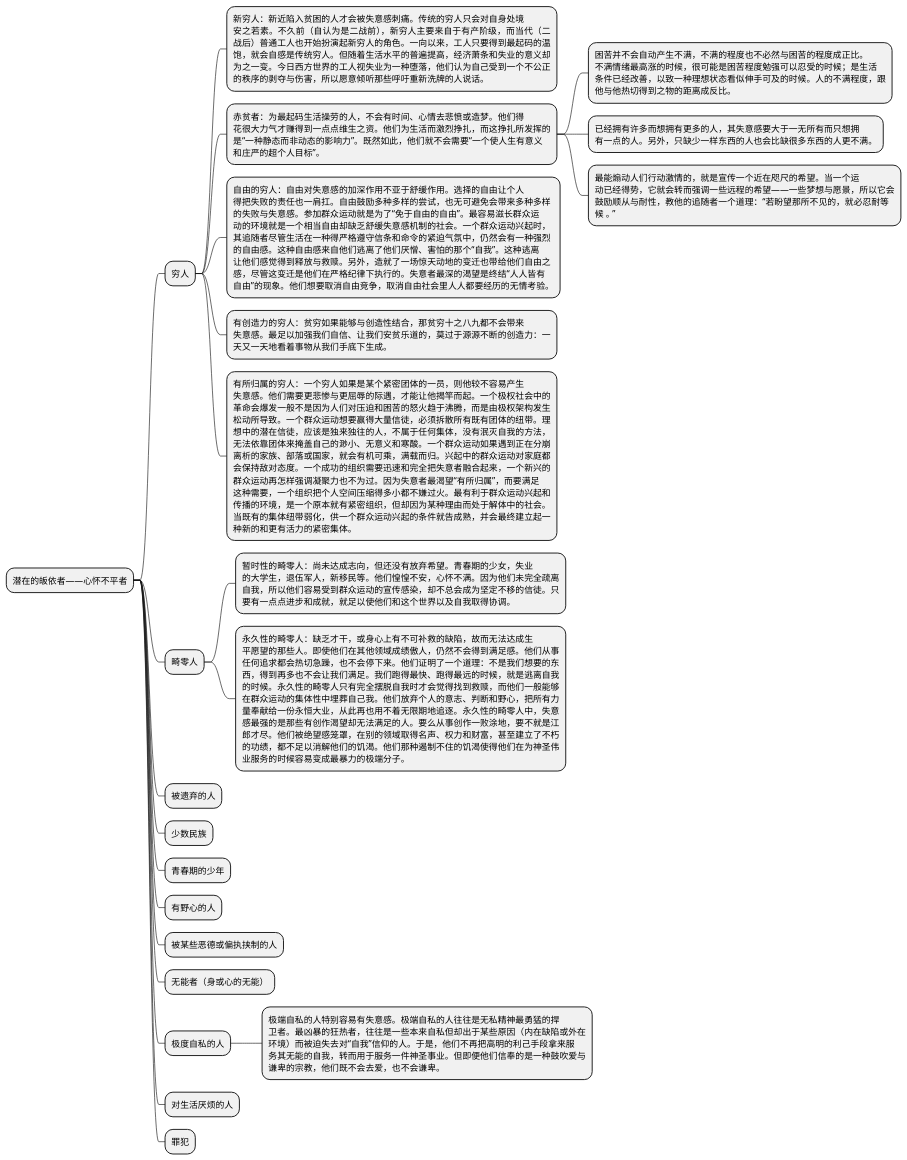
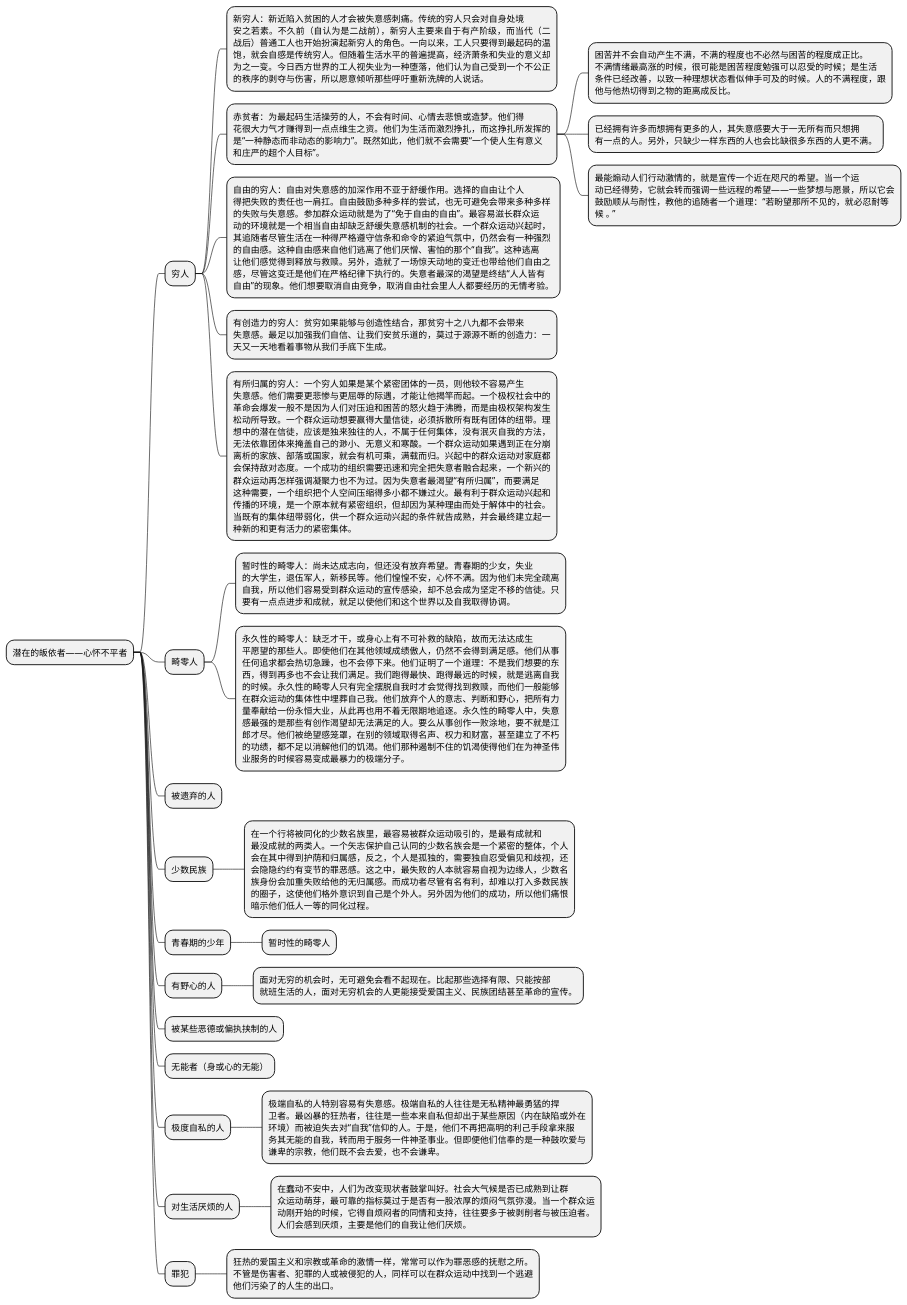
Before and after one commit to SamaelChen/reading_notebook: the second of 2 diagrams in 社会心理/狂热分子.md, drawn with PlantUML. The commit also changed other lines of this file, not shown here.

````diff
--- a/社会心理/狂热分子.md
+++ b/社会心理/狂热分子.md
@@ -51,27 +51,32 @@
 ```puml
 @startmindmap
 * 潜在的皈依者——心怀不平者
 	** 穷人
 		*** 新穷人：新近陷入贫困的人才会被失意感刺痛。传统的穷人只会对自身处境\n安之若素。不久前（自认为是二战前），新穷人主要来自于有产阶级，而当代（二\n战后）普通工人也开始扮演起新穷人的角色。一向以来，工人只要得到最起码的温\n饱，就会自感是传统穷人。但随着生活水平的普遍提高，经济萧条和失业的意义却\n为之一变。今日西方世界的工人视失业为一种堕落，他们认为自己受到一个不公正\n的秩序的剥夺与伤害，所以愿意倾听那些呼吁重新洗牌的人说话。
 		*** 赤贫者：为最起码生活操劳的人，不会有时间、心情去悲愤或造梦。他们得\n花很大力气才赚得到一点点维生之资。他们为生活而激烈挣扎，而这挣扎所发挥的\n是“一种静态而非动态的影响力”。既然如此，他们就不会需要“一个使人生有意义\n和庄严的超个人目标”。
 			**** 困苦并不会自动产生不满，不满的程度也不必然与困苦的程度成正比。\n不满情绪最高涨的时候，很可能是困苦程度勉强可以忍受的时候；是生活\n条件已经改善，以致一种理想状态看似伸手可及的时候。人的不满程度，跟\n他与他热切得到之物的距离成反比。
 			**** 已经拥有许多而想拥有更多的人，其失意感要大于一无所有而只想拥\n有一点的人。另外，只缺少一样东西的人也会比缺很多东西的人更不满。
 			**** 最能煽动人们行动激情的，就是宣传一个近在咫尺的希望。当一个运\n动已经得势，它就会转而强调一些远程的希望——一些梦想与愿景，所以它会\n鼓励顺从与耐性，教他的追随者一个道理：“若盼望那所不见的，就必忍耐等\n候。”
 		*** 自由的穷人：自由对失意感的加深作用不亚于舒缓作用。选择的自由让个人\n得把失败的责任也一肩扛。自由鼓励多种多样的尝试，也无可避免会带来多种多样\n的失败与失意感。参加群众运动就是为了“免于自由的自由”。最容易滋长群众运\n动的环境就是一个相当自由却缺乏舒缓失意感机制的社会。一个群众运动兴起时，\n其追随者尽管生活在一种得严格遵守信条和命令的紧迫气氛中，仍然会有一种强烈\n的自由感。这种自由感来自他们逃离了他们厌憎、害怕的那个“自我”。这种逃离\n让他们感觉得到释放与救赎。另外，造就了一场惊天动地的变迁也带给他们自由之\n感，尽管这变迁是他们在严格纪律下执行的。失意者最深的渴望是终结“人人皆有\n自由”的现象。他们想要取消自由竞争，取消自由社会里人人都要经历的无情考验。
 		*** 有创造力的穷人：贫穷如果能够与创造性结合，那贫穷十之八九都不会带来\n失意感。最足以加强我们自信、让我们安贫乐道的，莫过于源源不断的创造力：一\n天又一天地看着事物从我们手底下生成。
 		*** 有所归属的穷人：一个穷人如果是某个紧密团体的一员，则他较不容易产生\n失意感。他们需要更悲惨与更屈辱的际遇，才能让他揭竿而起。一个极权社会中的\n革命会爆发一般不是因为人们对压迫和困苦的怒火趋于沸腾，而是由极权架构发生\n松动所导致。一个群众运动想要赢得大量信徒，必须拆散所有既有团体的纽带。理\n想中的潜在信徒，应该是独来独往的人，不属于任何集体，没有泯灭自我的方法，\n无法依靠团体来掩盖自己的渺小、无意义和寒酸。一个群众运动如果遇到正在分崩\n离析的家族、部落或国家，就会有机可乘，满载而归。兴起中的群众运动对家庭都\n会保持敌对态度。一个成功的组织需要迅速和完全把失意者融合起来，一个新兴的\n群众运动再怎样强调凝聚力也不为过。因为失意者最渴望“有所归属”，而要满足\n这种需要，一个组织把个人空间压缩得多小都不嫌过火。最有利于群众运动兴起和\n传播的环境，是一个原本就有紧密组织，但却因为某种理由而处于解体中的社会。\n当既有的集体纽带弱化，供一个群众运动兴起的条件就告成熟，并会最终建立起一\n种新的和更有活力的紧密集体。
 	** 畸零人
 		*** 暂时性的畸零人：尚未达成志向，但还没有放弃希望。青春期的少女，失业\n的大学生，退伍军人，新移民等。他们惶惶不安，心怀不满。因为他们未完全疏离\n自我，所以他们容易受到群众运动的宣传感染，却不总会成为坚定不移的信徒。只\n要有一点点进步和成就，就足以使他们和这个世界以及自我取得协调。
 		*** 永久性的畸零人：缺乏才干，或身心上有不可补救的缺陷，故而无法达成生\n平愿望的那些人。即使他们在其他领域成绩傲人，仍然不会得到满足感。他们从事\n任何追求都会热切急躁，也不会停下来。他们证明了一个道理：不是我们想要的东\n西，得到再多也不会让我们满足。我们跑得最快、跑得最远的时候，就是逃离自我\n的时候。永久性的畸零人只有完全摆脱自我时才会觉得找到救赎，而他们一般能够\n在群众运动的集体性中埋葬自己我。他们放弃个人的意志、判断和野心，把所有力\n量奉献给一份永恒大业，从此再也用不着无限期地追逐。永久性的畸零人中，失意\n感最强的是那些有创作渴望却无法满足的人。要么从事创作一败涂地，要不就是江\n郎才尽。他们被绝望感笼罩，在别的领域取得名声、权力和财富，甚至建立了不朽\n的功绩，都不足以消解他们的饥渴。他们那种遏制不住的饥渴使得他们在为神圣伟\n业服务的时候容易变成最暴力的极端分子。
 	** 被遗弃的人
 	** 少数民族
+		*** 在一个行将被同化的少数名族里，最容易被群众运动吸引的，是最有成就和\n最没成就的两类人。一个矢志保护自己认同的少数名族会是一个紧密的整体，个人\n会在其中得到护荫和归属感，反之，个人是孤独的，需要独自忍受偏见和歧视，还\n会隐隐约约有变节的罪恶感。这之中，最失败的人本就容易自视为边缘人，少数名\n族身份会加重失败给他的无归属感。而成功者尽管有名有利，却难以打入多数民族\n的圈子，这使他们格外意识到自己是个外人。另外因为他们的成功，所以他们痛恨\n暗示他们低人一等的同化过程。
 	** 青春期的少年
+		*** 暂时性的畸零人
 	** 有野心的人
+		*** 面对无穷的机会时，无可避免会看不起现在。比起那些选择有限、只能按部\n就班生活的人，面对无穷机会的人更能接受爱国主义、民族团结甚至革命的宣传。
 	** 被某些恶德或偏执挟制的人
 	** 无能者（身或心的无能）
 	** 极度自私的人
 		*** 极端自私的人特别容易有失意感。极端自私的人往往是无私精神最勇猛的捍\n卫者。最凶暴的狂热者，往往是一些本来自私但却出于某些原因（内在缺陷或外在\n环境）而被迫失去对“自我”信仰的人。于是，他们不再把高明的利己手段拿来服\n务其无能的自我，转而用于服务一件神圣事业。但即便他们信奉的是一种鼓吹爱与\n谦卑的宗教，他们既不会去爱，也不会谦卑。
 	** 对生活厌烦的人
+		*** 在蠢动不安中，人们为改变现状者鼓掌叫好。社会大气候是否已成熟到让群\n众运动萌芽，最可靠的指标莫过于是否有一股浓厚的烦闷气氛弥漫。当一个群众运\n动刚开始的时候，它得自烦闷者的同情和支持，往往要多于被剥削者与被压迫者。\n人们会感到厌烦，主要是他们的自我让他们厌烦。
 	** 罪犯
+		*** 狂热的爱国主义和宗教或革命的激情一样，常常可以作为罪恶感的抚慰之所。\n不管是伤害者、犯罪的人或被侵犯的人，同样可以在群众运动中找到一个逃避\n他们污染了的人生的出口。
 @endmindmap
 ```
````
